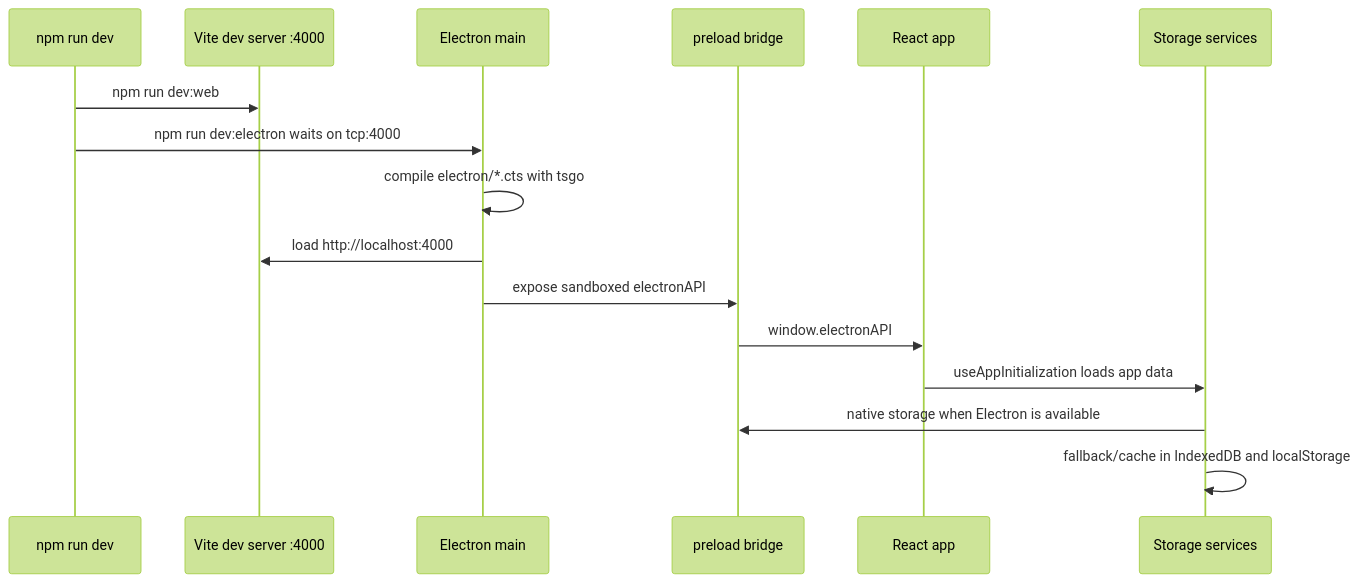
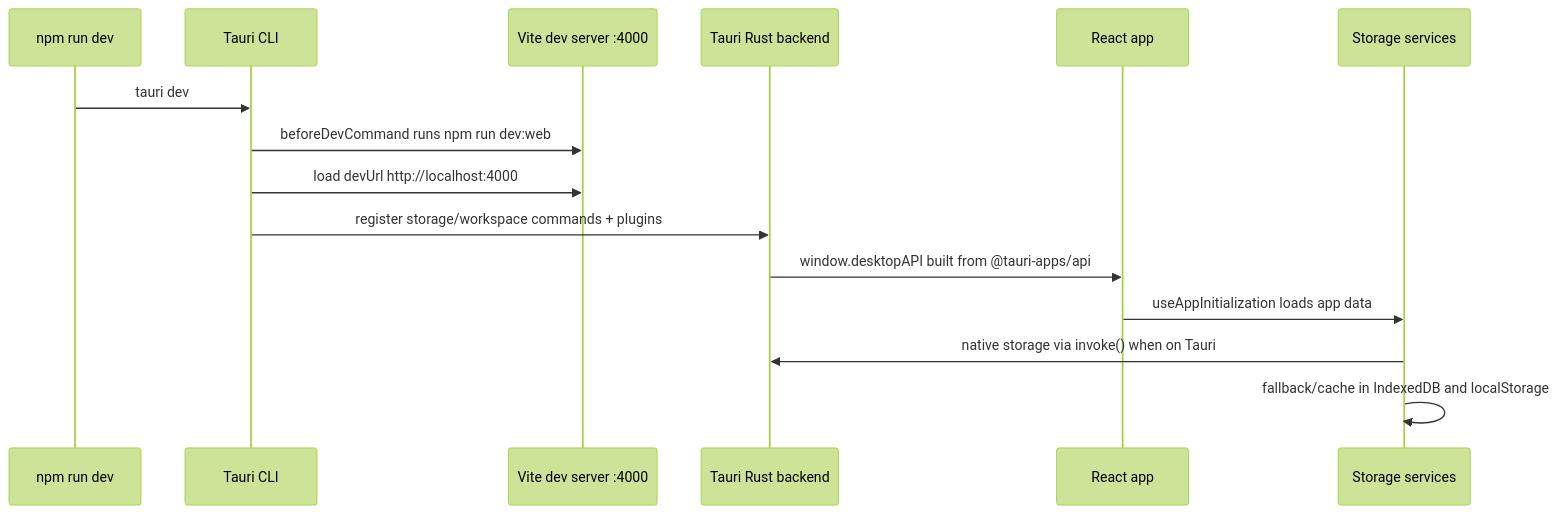
The third of 5 diagrams in README.md (bharathvbcr/LiquiTask), drawn with Mermaid (forest theme) before and after one commit. The commit also changed other lines of this file and 36 other files, not shown here.

First line of the commit message:
feat: migrate desktop shell from Electron to Tauri 2

````diff
--- a/README.md
+++ b/README.md
@@ -132,19 +133,18 @@
 ```mermaid
 sequenceDiagram
   participant Dev as npm run dev
+  participant Tauri as Tauri CLI
   participant Vite as Vite dev server :4000
-  participant Electron as Electron main
-  participant Preload as preload bridge
+  participant Backend as Tauri Rust backend
   participant React as React app
   participant Storage as Storage services
 
-  Dev->>Vite: npm run dev:web
-  Dev->>Electron: npm run dev:electron waits on tcp:4000
-  Electron->>Electron: compile electron/*.cts with tsgo
-  Electron->>Vite: load http://localhost:4000
-  Electron->>Preload: expose sandboxed electronAPI
-  Preload->>React: window.electronAPI
+  Dev->>Tauri: tauri dev
+  Tauri->>Vite: beforeDevCommand runs npm run dev:web
+  Tauri->>Vite: load devUrl http://localhost:4000
+  Tauri->>Backend: register storage/workspace commands + plugins
+  Backend->>React: window.desktopAPI built from @tauri-apps/api
   React->>Storage: useAppInitialization loads app data
-  Storage->>Preload: native storage when Electron is available
+  Storage->>Backend: native storage via invoke() when on Tauri
   Storage->>Storage: fallback/cache in IndexedDB and localStorage
 ```
````
